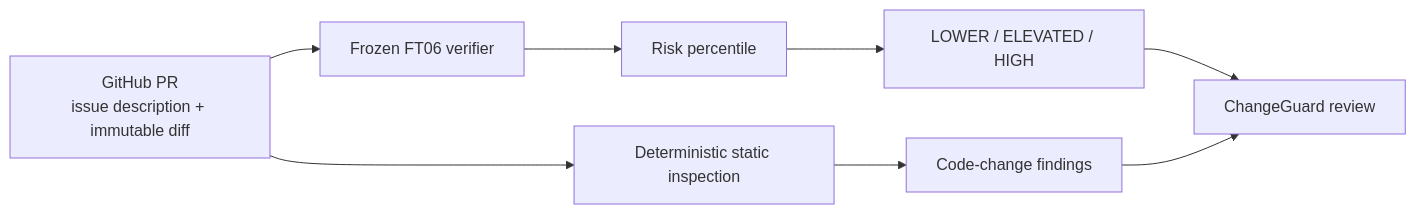
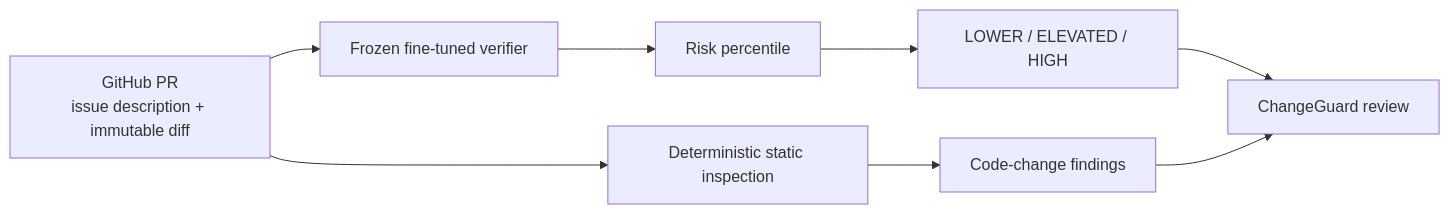
The second of 3 diagrams in README.md (tkim602/PatchCheck), drawn with Mermaid before and after one commit. The commit also changed other lines of this file, not shown here.

````diff
--- a/README.md
+++ b/README.md
@@ -52,15 +70,15 @@
 ```mermaid
 flowchart LR
     PR[GitHub PR<br/>issue description + immutable diff]
 
-    PR --> FT[Frozen FT06 verifier]
-    PR --> ST[Deterministic static inspection]
+    PR --> MODEL[Frozen fine-tuned verifier]
+    PR --> STATIC[Deterministic static inspection]
 
-    FT --> RP[Risk percentile]
-    RP --> MS[LOWER / ELEVATED / HIGH]
+    MODEL --> RP[Risk percentile]
+    RP --> SIGNAL[LOWER / ELEVATED / HIGH]
 
-    ST --> CF[Code-change findings]
+    STATIC --> FLAGS[Code-change findings]
 
-    MS --> OUT[ChangeGuard review]
-    CF --> OUT
+    SIGNAL --> OUT[ChangeGuard review]
+    FLAGS --> OUT
 ```
````
